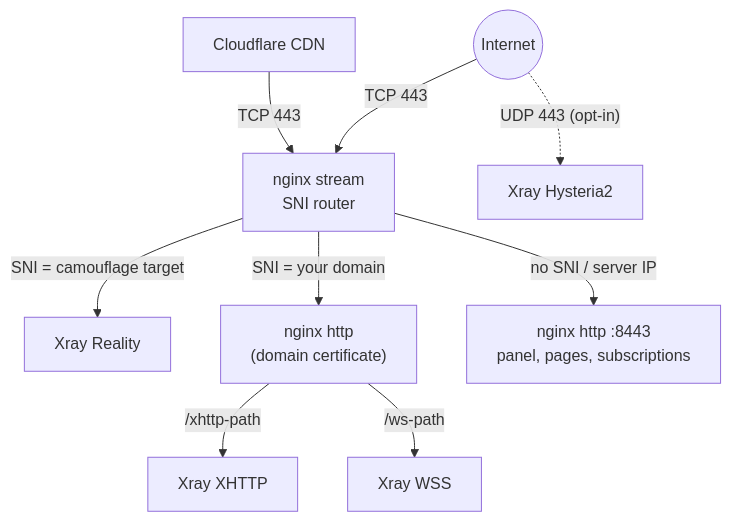
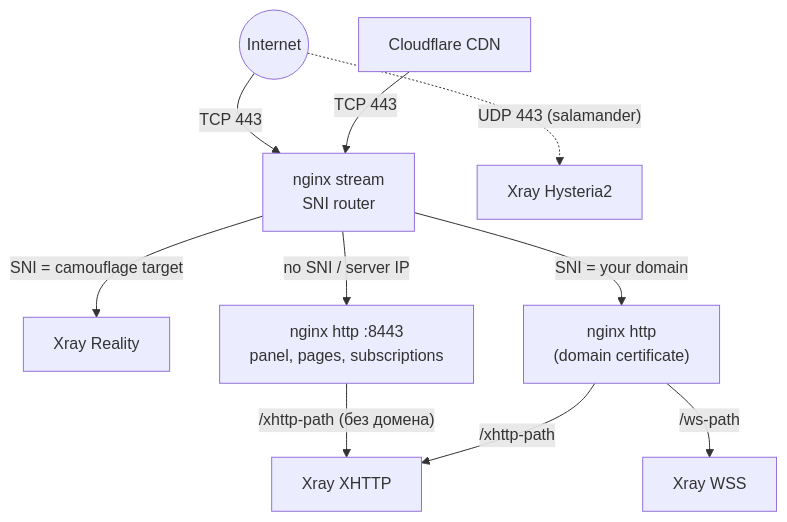
One commit to getmeridian/meridian changed the second of 3 diagrams in website/src/content/docs/ru/architecture.md. Above: the diagram before and after it, drawn with Mermaid. The commit also changed other lines of this file and 15 other files, not shown here.

````diff
--- a/website/src/content/docs/ru/architecture.md
+++ b/website/src/content/docs/ru/architecture.md
@@ -39,11 +40,12 @@
 ```mermaid
 flowchart TD
     Internet((Internet)) -->|TCP 443| Nginx[nginx stream<br>SNI router]
     CDN["Cloudflare CDN"] -->|TCP 443| Nginx
     Nginx -->|"SNI = camouflage target"| XrayReal["Xray Reality"]
     Nginx -->|"SNI = your domain"| NginxDomain["nginx http<br>(domain certificate)"]
     Nginx -->|"no SNI / server IP"| NginxHTTP["nginx http :8443<br>panel, pages, subscriptions"]
+    NginxHTTP -->|"/xhttp-path (без домена)"| XrayXHTTP
     NginxDomain -->|/xhttp-path| XrayXHTTP["Xray XHTTP"]
     NginxDomain -->|/ws-path| XrayWSS["Xray WSS"]
-    Internet -.->|"UDP 443 (opt-in)"| XrayHy2["Xray Hysteria2"]
+    Internet -.->|"UDP 443 (salamander)"| XrayHy2["Xray Hysteria2"]
 ```
````
